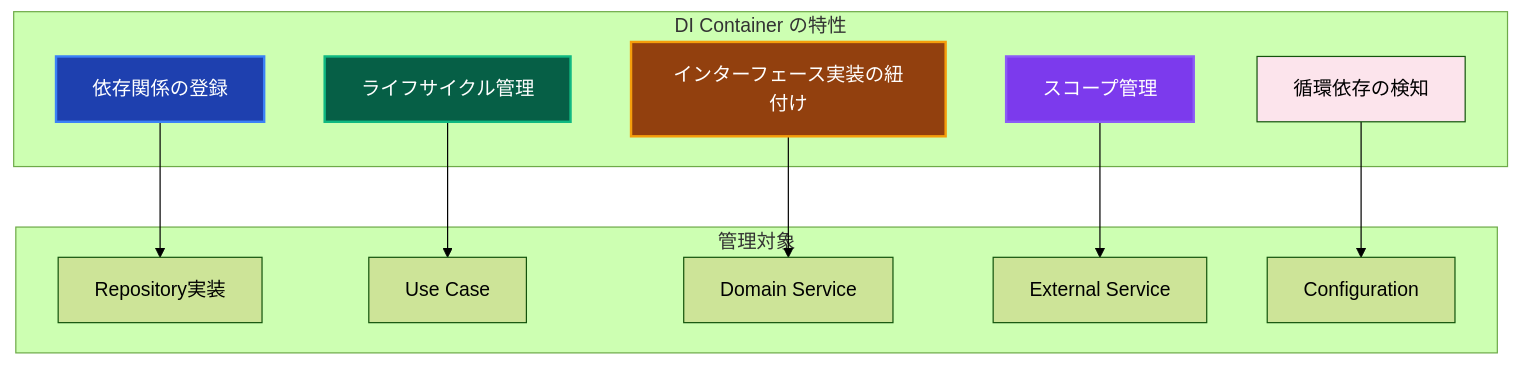
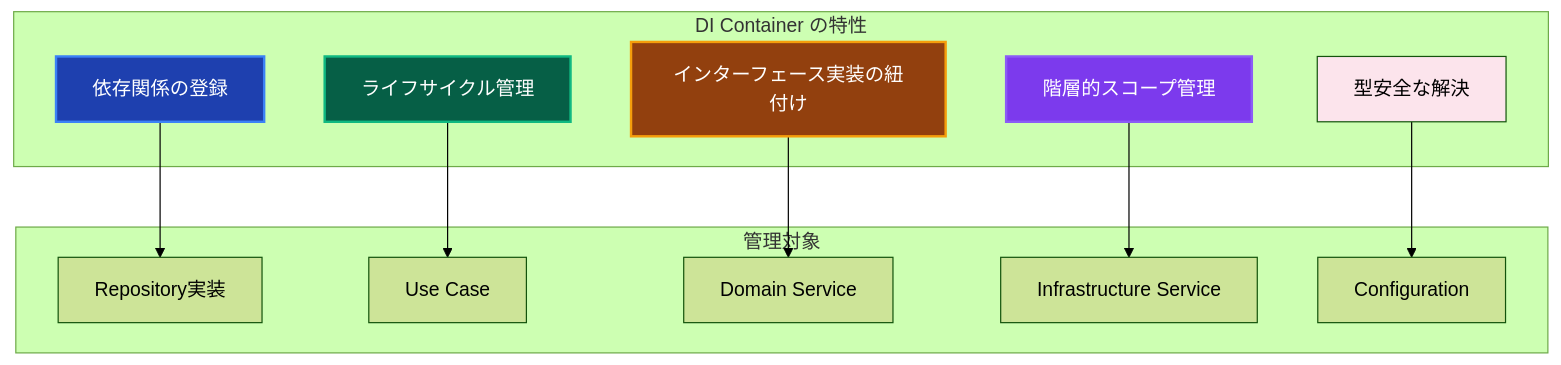
One commit to derushio/d-next-ddd-example changed the first of 2 diagrams in _DOCS/guides/ddd/layers/components/di-container.md. Above: the diagram before and after it, drawn with Mermaid (forest theme). The commit also changed other lines of this file and 102 other files, not shown here.

````diff
--- a/_DOCS/guides/ddd/layers/components/di-container.md
+++ b/_DOCS/guides/ddd/layers/components/di-container.md
@@ -13,30 +13,30 @@
 ```mermaid
 graph TD
     subgraph "DI Container の特性"
         A[依存関係の登録]
         B[ライフサイクル管理]
         C[インターフェース実装の紐付け]
-        D[スコープ管理]
-        E[循環依存の検知]
+        D[階層的スコープ管理]
+        E[型安全な解決]
     end
 
     subgraph "管理対象"
         F[Repository実装]
         G[Use Case]
         H[Domain Service]
-        I[External Service]
+        I[Infrastructure Service]
         J[Configuration]
     end
 
     A --> F
     B --> G
     C --> H
     D --> I
     E --> J
 
     style A fill:#1e40af,stroke:#3b82f6,stroke-width:2px,color:#ffffff
     style B fill:#065f46,stroke:#10b981,stroke-width:2px,color:#ffffff
     style C fill:#92400e,stroke:#f59e0b,stroke-width:2px,color:#ffffff
     style D fill:#7c3aed,stroke:#8b5cf6,stroke-width:2px,color:#ffffff
     style E fill:#fce4ec
 ```
````
